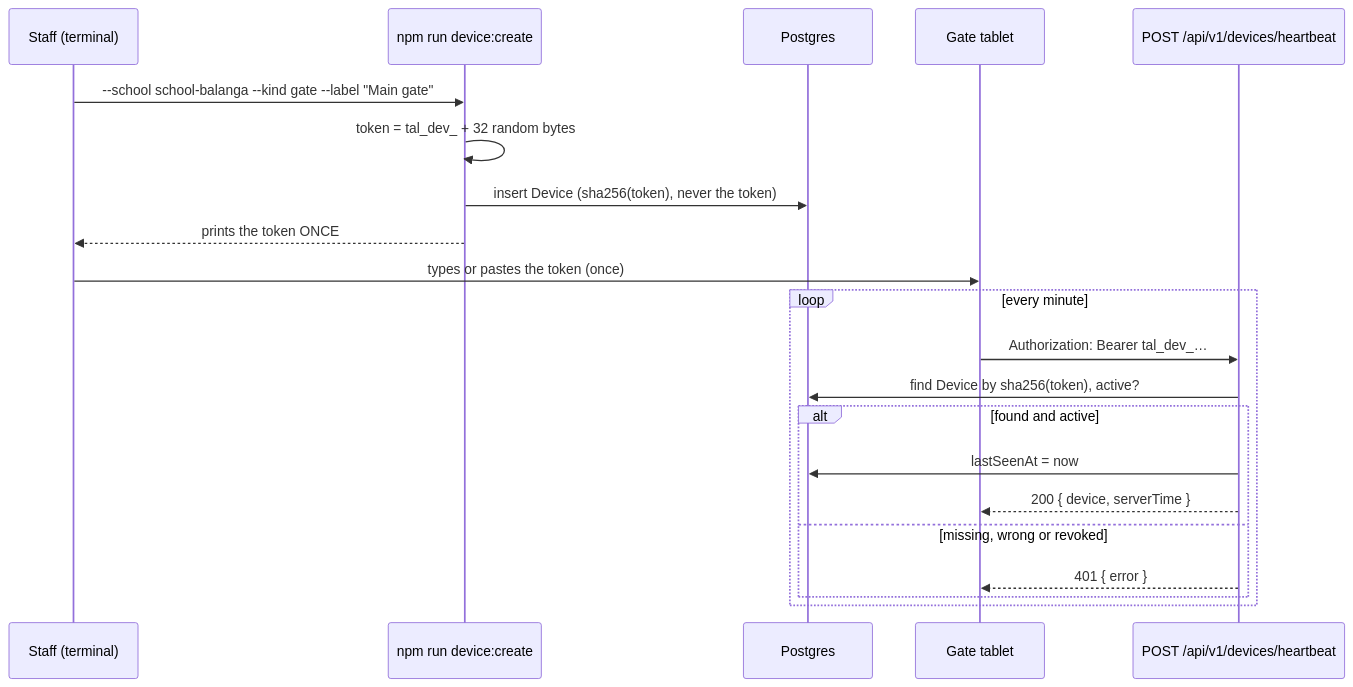
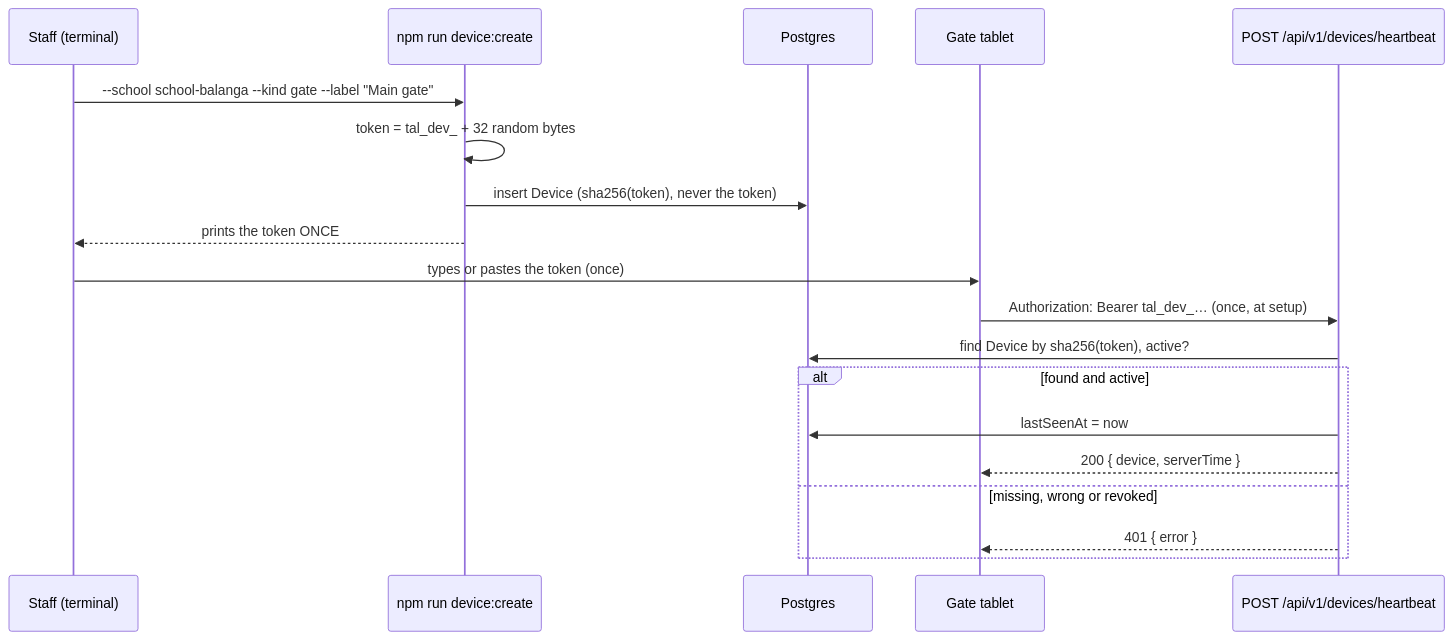
The diagram in docs/backend/step-43-gate-devices.md (psmacabulos/talaan), drawn with Mermaid before and after one commit. The commit also changed other lines of this file and 20 other files, not shown here.

First line of the commit message:
feat(api): gate devices with tokens and a heartbeat endpoint

````diff
--- a/docs/backend/step-43-gate-devices.md
+++ b/docs/backend/step-43-gate-devices.md
@@ -17,24 +17,22 @@
 ```mermaid
 sequenceDiagram
     participant Admin as Staff (terminal)
     participant Script as npm run device:create
     participant DB as Postgres
     participant Gate as Gate tablet
     participant API as POST /api/v1/devices/heartbeat
 
     Admin->>Script: --school school-balanga --kind gate --label "Main gate"
     Script->>Script: token = tal_dev_ + 32 random bytes
     Script->>DB: insert Device (sha256(token), never the token)
     Script-->>Admin: prints the token ONCE
     Admin->>Gate: types or pastes the token (once)
-    loop every minute
-        Gate->>API: Authorization: Bearer tal_dev_…
-        API->>DB: find Device by sha256(token), active?
-        alt found and active
-            API->>DB: lastSeenAt = now
-            API-->>Gate: 200 { device, serverTime }
-        else missing, wrong or revoked
-            API-->>Gate: 401 { error }
-        end
+    Gate->>API: Authorization: Bearer tal_dev_… (once, at setup)
+    API->>DB: find Device by sha256(token), active?
+    alt found and active
+        API->>DB: lastSeenAt = now
+        API-->>Gate: 200 { device, serverTime }
+    else missing, wrong or revoked
+        API-->>Gate: 401 { error }
     end
 ```
````
